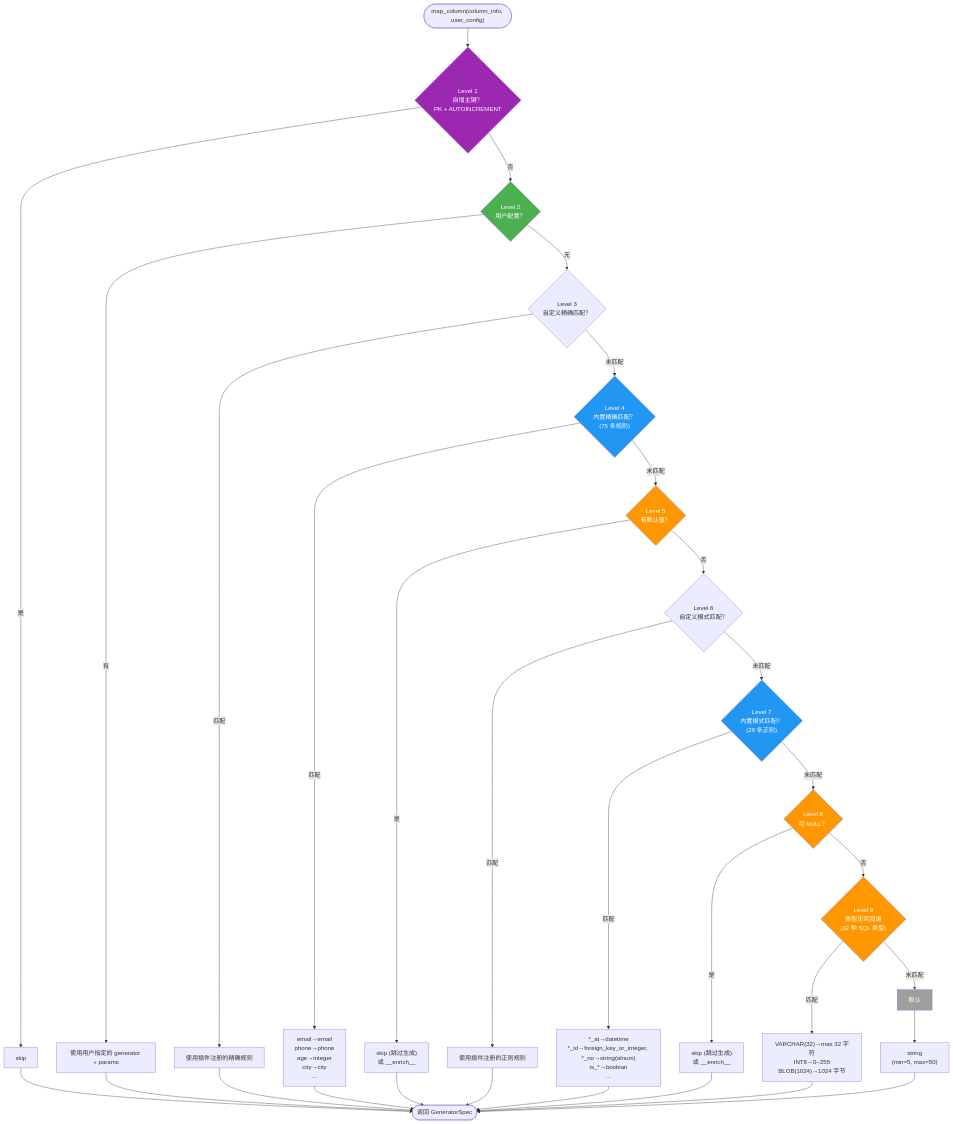
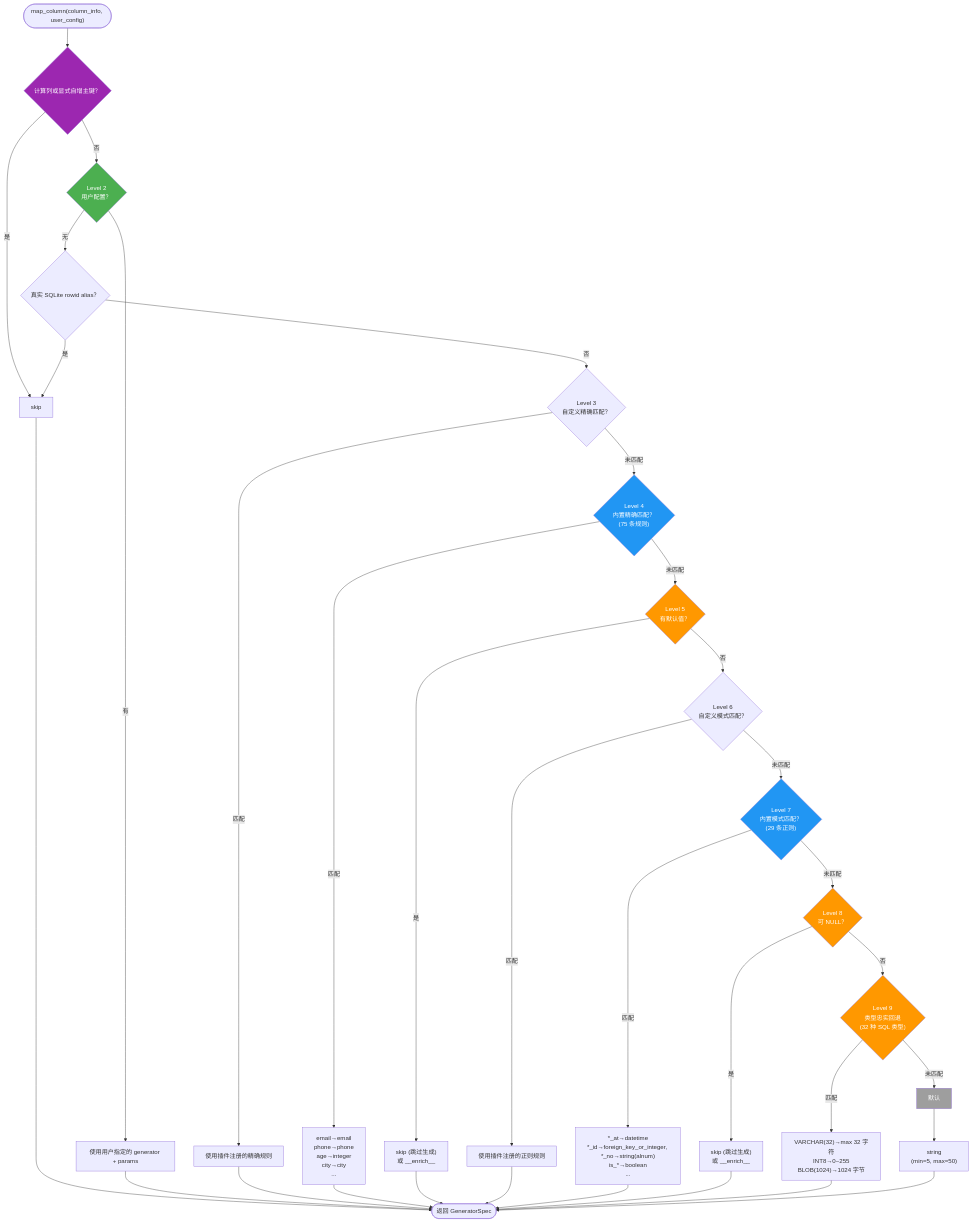
One commit to sunbos/sqlseed changed the third of 12 diagrams in docs/architecture.zh-CN.md. Above: the diagram before and after it, drawn with Mermaid. The commit also changed other lines of this file and 34 other files, not shown here.

````diff
--- a/docs/architecture.zh-CN.md
+++ b/docs/architecture.zh-CN.md
@@ -211,53 +199,55 @@
 ```mermaid
 flowchart TD
     Start(["map_column(column_info, user_config)"]) --> L1
 
-    L1{"Level 1<br/>自增主键？<br/>PK + AUTOINCREMENT"} -->|是| R1["skip"]
+    L1{"计算列或显式自增主键？"} -->|是| R1["skip"]
     L1 -->|否| L2
 
     L2{"Level 2<br/>用户配置？"} -->|有| R2["使用用户指定的 generator + params"]
-    L2 -->|无| L3
+    L2 -->|无| Rowid{"真实 SQLite rowid alias？"}
+    Rowid -->|是| R1
+    Rowid -->|否| L3
 
     L3{"Level 3<br/>自定义精确匹配？"} -->|匹配| R3["使用插件注册的精确规则"]
     L3 -->|未匹配| L4
 
     L4{"Level 4<br/>内置精确匹配？<br/>(<!-- BEGIN:AUTO-GENERATED:exact-match-rule-count -->75<!-- END:AUTO-GENERATED:exact-match-rule-count --> 条规则)"} -->|匹配| R4["email→email<br/>phone→phone<br/>age→integer<br/>city→city<br/>..."]
     L4 -->|未匹配| L5
 
     L5{"Level 5<br/>有默认值？"} -->|是| R5["skip (跳过生成)<br/>或 __enrich__"]
     L5 -->|否| L6
 
     L6{"Level 6<br/>自定义模式匹配？"} -->|匹配| R6["使用插件注册的正则规则"]
     L6 -->|未匹配| L7
 
     L7{"Level 7<br/>内置模式匹配？<br/>(<!-- BEGIN:AUTO-GENERATED:pattern-match-rule-count -->29<!-- END:AUTO-GENERATED:pattern-match-rule-count --> 条正则)"} -->|匹配| R7["*_at→datetime<br/>*_id→foreign_key_or_integer, *_no→string(alnum)<br/>is_*→boolean<br/>..."]
     L7 -->|未匹配| L8
 
     L8{"Level 8<br/>可 NULL？"} -->|是| R8["skip (跳过生成)<br/>或 __enrich__"]
     L8 -->|否| L9
 
     L9{"Level 9<br/>类型忠实回退<br/>(32 种 SQL 类型)"} -->|匹配| R9["VARCHAR(32)→max 32 字符<br/>INT8→0~255<br/>BLOB(1024)→1024 字节"]
     L9 -->|未匹配| L10
 
     L10["默认"] --> R10["string<br/>(min=5, max=50)"]
 
     R1 --> Done(["返回 GeneratorSpec"])
     R2 --> Done
     R3 --> Done
     R4 --> Done
     R5 --> Done
     R6 --> Done
     R7 --> Done
     R8 --> Done
     R9 --> Done
     R10 --> Done
 
     style L1 fill:#9C27B0,color:#fff
     style L2 fill:#4CAF50,color:#fff
     style L4 fill:#2196F3,color:#fff
     style L5 fill:#FF9800,color:#fff
     style L7 fill:#2196F3,color:#fff
     style L8 fill:#FF9800,color:#fff
     style L9 fill:#FF9800,color:#fff
     style L10 fill:#9E9E9E,color:#fff
 ```
````
